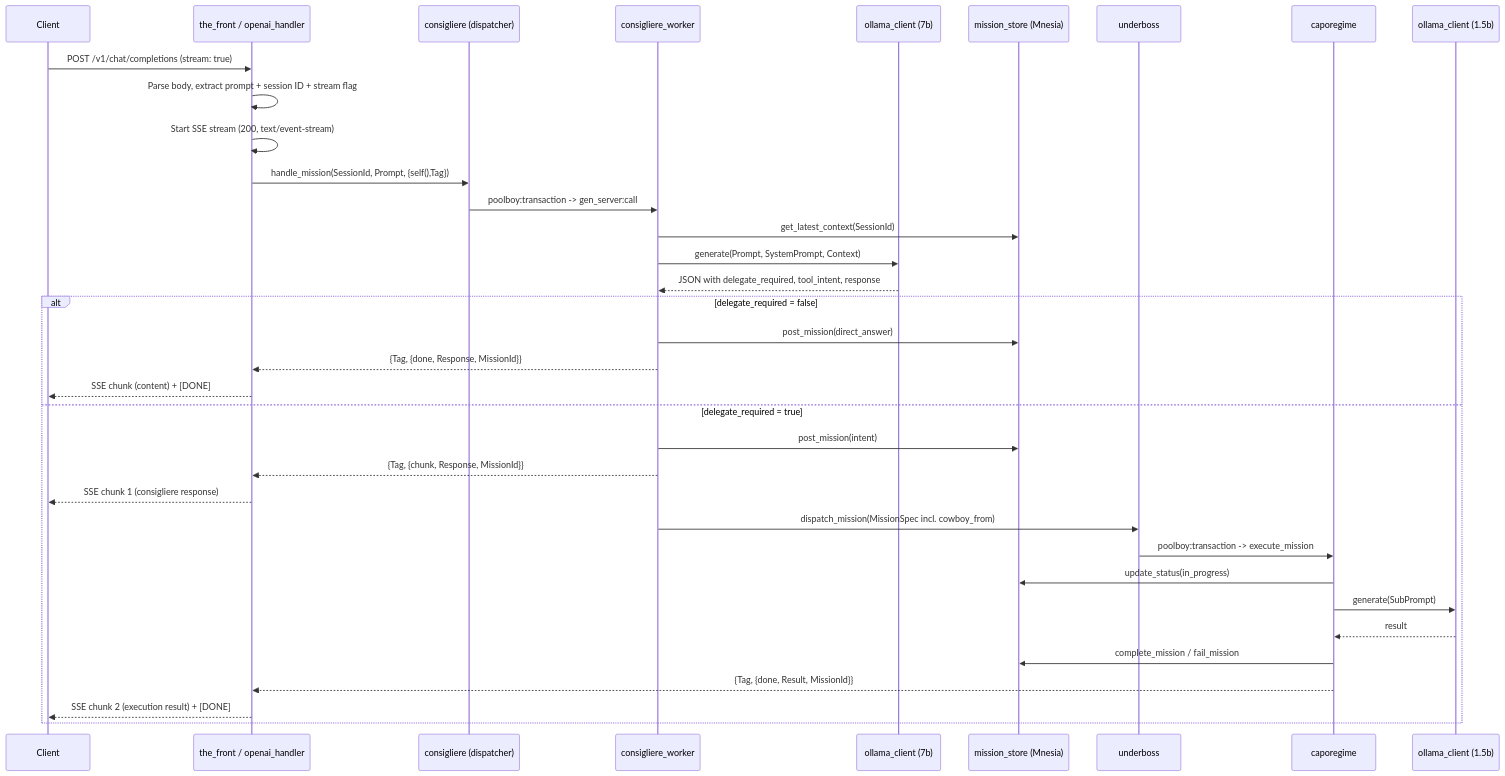
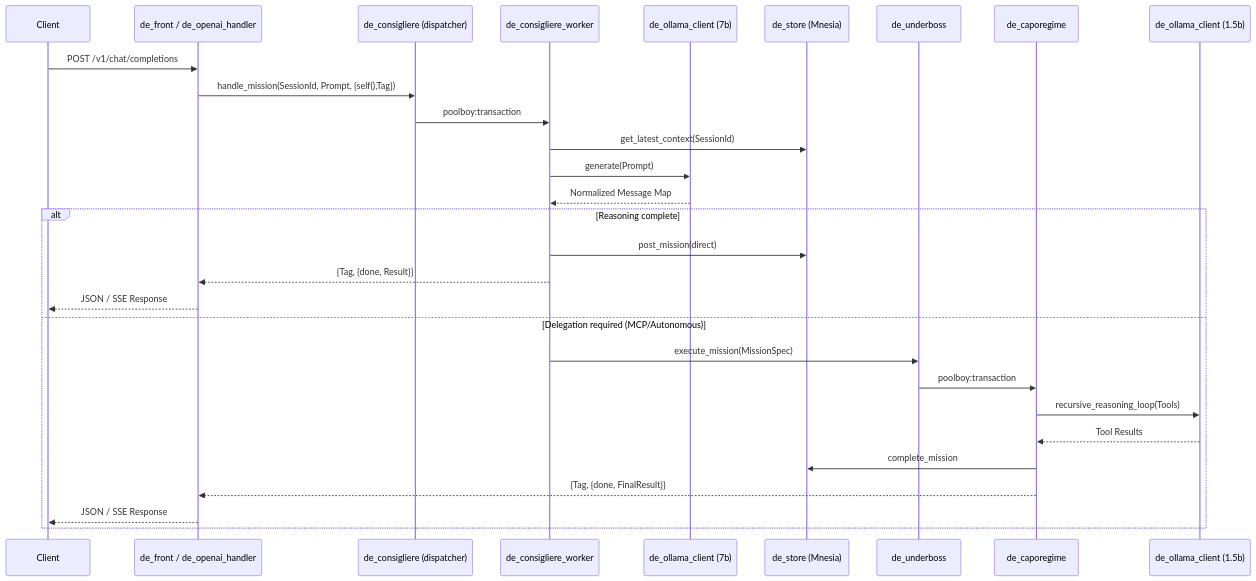
Before and after one commit to PudgyPigeon/coloss-ai: the second of 2 diagrams in apps/don-erleone/README.md, drawn with Mermaid. The commit also changed other lines of this file and 12 other files, not shown here.

````diff
--- a/apps/don-erleone/README.md
+++ b/apps/don-erleone/README.md
@@ -73,40 +56,33 @@
 ```mermaid
 sequenceDiagram
     participant Client
-    participant TF as the_front / openai_handler
-    participant C as consigliere (dispatcher)
-    participant CW as consigliere_worker
-    participant OL as ollama_client (7b)
-    participant MS as mission_store (Mnesia)
-    participant UB as underboss
-    participant CR as caporegime
-    participant OLS as ollama_client (1.5b)
+    participant TF as de_front / de_openai_handler
+    participant C as de_consigliere (dispatcher)
+    participant CW as de_consigliere_worker
+    participant OC as de_ollama_client (7b)
+    participant DS as de_store (Mnesia)
+    participant UB as de_underboss
+    participant CR as de_caporegime
+    participant OCS as de_ollama_client (1.5b)
 
-    Client->>TF: POST /v1/chat/completions (stream: true)
-    TF->>TF: Parse body, extract prompt + session ID + stream flag
-    TF->>TF: Start SSE stream (200, text/event-stream)
+    Client->>TF: POST /v1/chat/completions
     TF->>C: handle_mission(SessionId, Prompt, {self(),Tag})
-    C->>CW: poolboy:transaction -> gen_server:call
+    C->>CW: poolboy:transaction
+    CW->>DS: get_latest_context(SessionId)
+    CW->>OC: generate(Prompt)
+    OC-->>CW: Normalized Message Map
 
-    CW->>MS: get_latest_context(SessionId)
-    CW->>OL: generate(Prompt, SystemPrompt, Context)
-    OL-->>CW: JSON with delegate_required, tool_intent, response
-
-    alt delegate_required = false
-        CW->>MS: post_mission(direct_answer)
-        CW-->>TF: {Tag, {done, Response, MissionId}}
-        TF-->>Client: SSE chunk (content) + [DONE]
-    else delegate_required = true
-        CW->>MS: post_mission(intent)
-        CW-->>TF: {Tag, {chunk, Response, MissionId}}
-        TF-->>Client: SSE chunk 1 (consigliere response)
-        CW->>UB: dispatch_mission(MissionSpec incl. cowboy_from)
-        UB->>CR: poolboy:transaction -> execute_mission
-        CR->>MS: update_status(in_progress)
-        CR->>OLS: generate(SubPrompt)
-        OLS-->>CR: result
-        CR->>MS: complete_mission / fail_mission
-        CR-->>TF: {Tag, {done, Result, MissionId}}
-        TF-->>Client: SSE chunk 2 (execution result) + [DONE]
+    alt Reasoning complete
+        CW->>DS: post_mission(direct)
+        CW-->>TF: {Tag, {done, Result}}
+        TF-->>Client: JSON / SSE Response
+    else Delegation required (MCP/Autonomous)
+        CW->>UB: execute_mission(MissionSpec)
+        UB->>CR: poolboy:transaction
+        CR->>OCS: recursive_reasoning_loop(Tools)
+        OCS-->>CR: Tool Results
+        CR->>DS: complete_mission
+        CR-->>TF: {Tag, {done, FinalResult}}
+        TF-->>Client: JSON / SSE Response
     end
 ```
````
